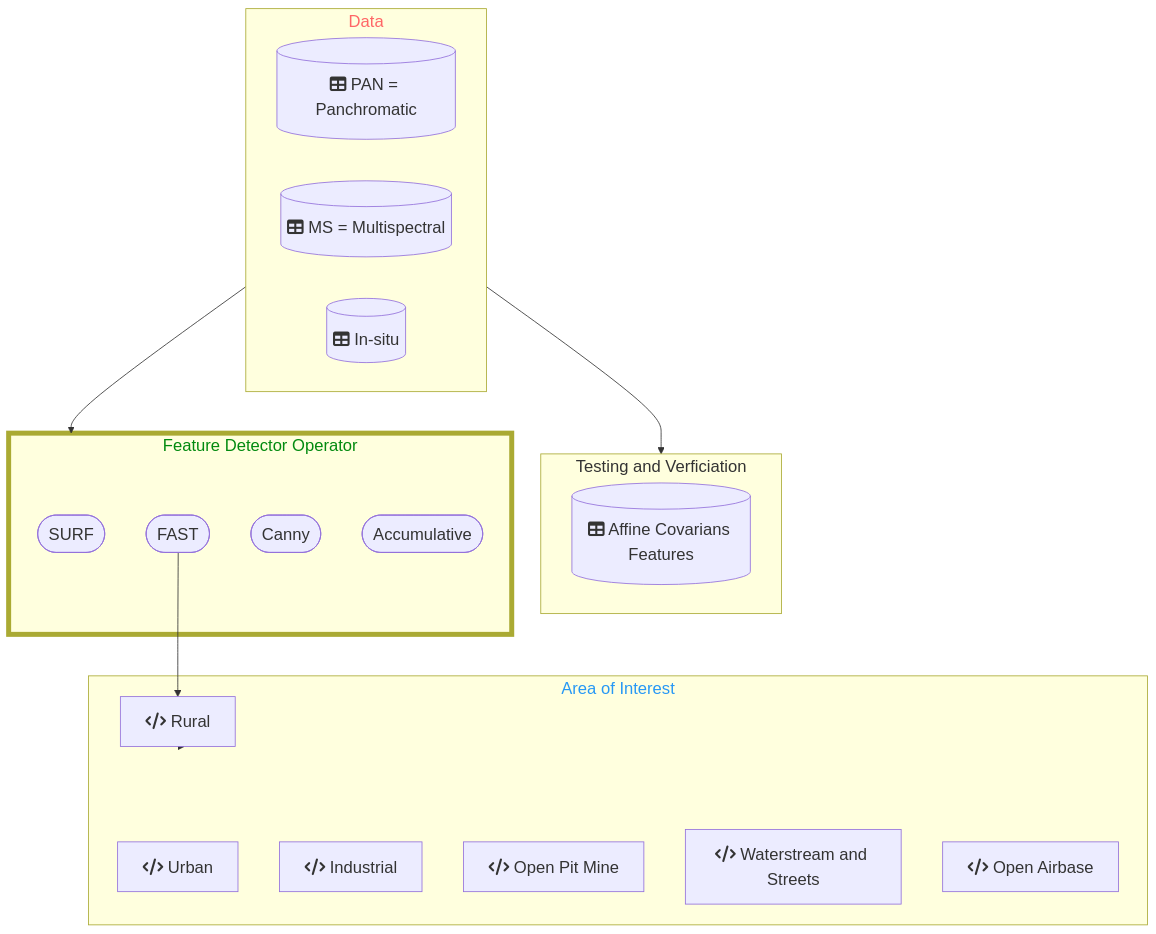
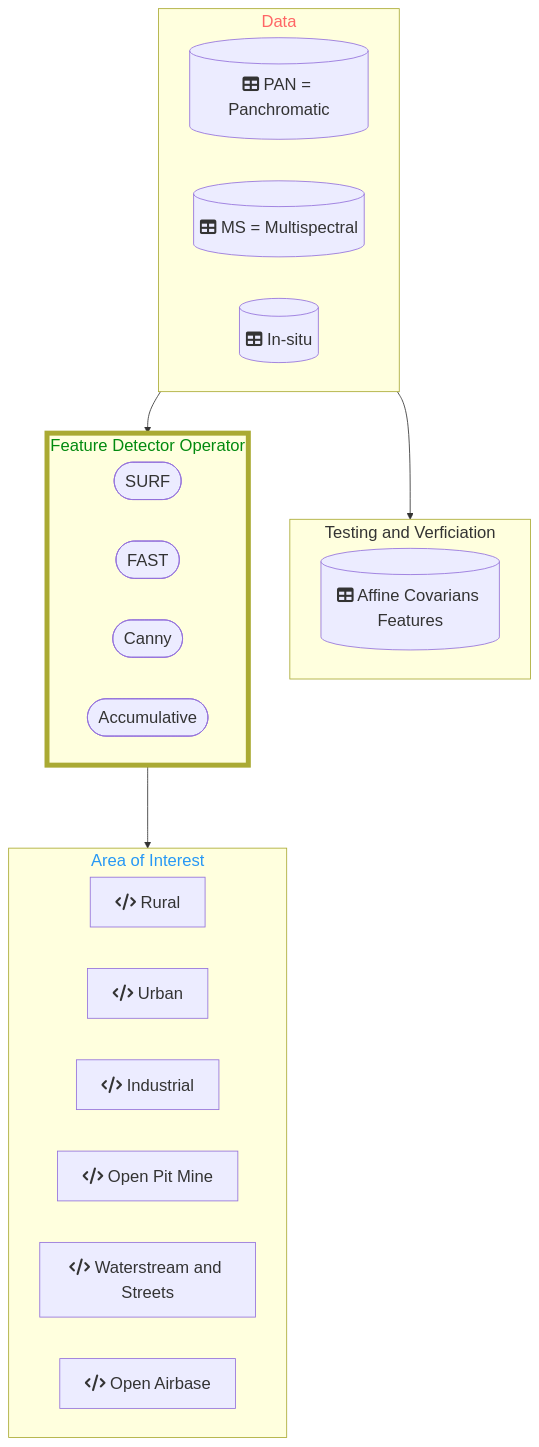
Before and after one commit to DippoldEJ/Feature-Detection-and-Explanation: the diagram in Application/README.md, drawn with Mermaid.

````diff
--- a/Application/README.md
+++ b/Application/README.md
@@ -13,46 +13,45 @@
 ```mermaid
 flowchart TD;
 %%{init: {
 	'themeVariables': { 'fontSize': '20px', 'fontFamily': 'Didot'}
 	}
 }%%
 
  subgraph n[Data]
         direction LR
         h[(fa:fa-table PAN = Panchromatic)]
         g[(fa:fa-table MS = Multispectral)]
 		s[(fa:fa-table In-situ)]
     end
 
  subgraph q[Testing and Verficiation]
         direction LR
         r[(fa:fa-table Affine Covarians Features)]
     end
 
  subgraph o[Feature Detector Operator]
         j([SURF])
         k([FAST])
         l([Canny])
         m([Accumulative])
     end
 
 subgraph p[Area of Interest]
     a[fa:fa-code Rural]
     b[fa:fa-code Urban]
     c[fa:fa-code Industrial]
     d[fa:fa-code Open Pit Mine]
     e[fa:fa-code Waterstream and Streets]
     f[fa:fa-code Open Airbase]
     end
 
 style n color:#f66
 style o stroke-width:6px
 style o color:#028A0F
 style p color:#2798F5
 
 n-->o
-k-->a
 o-->p
 n-->q
 
 ```
````
